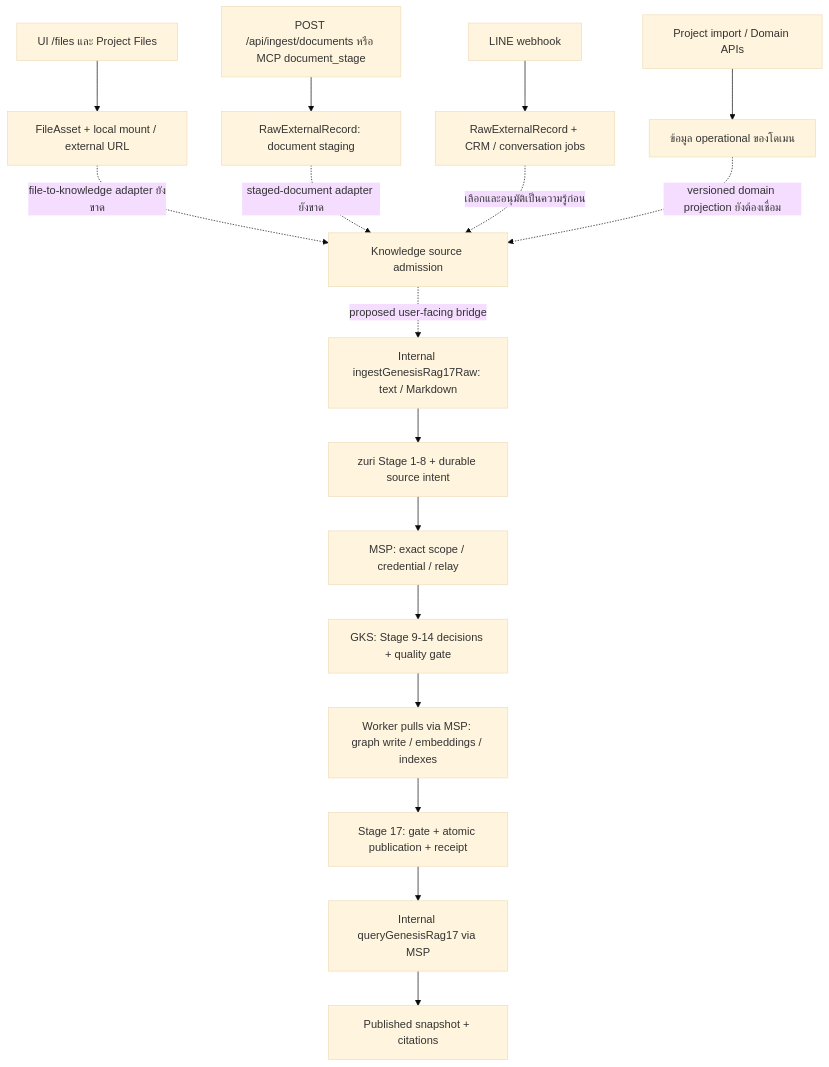
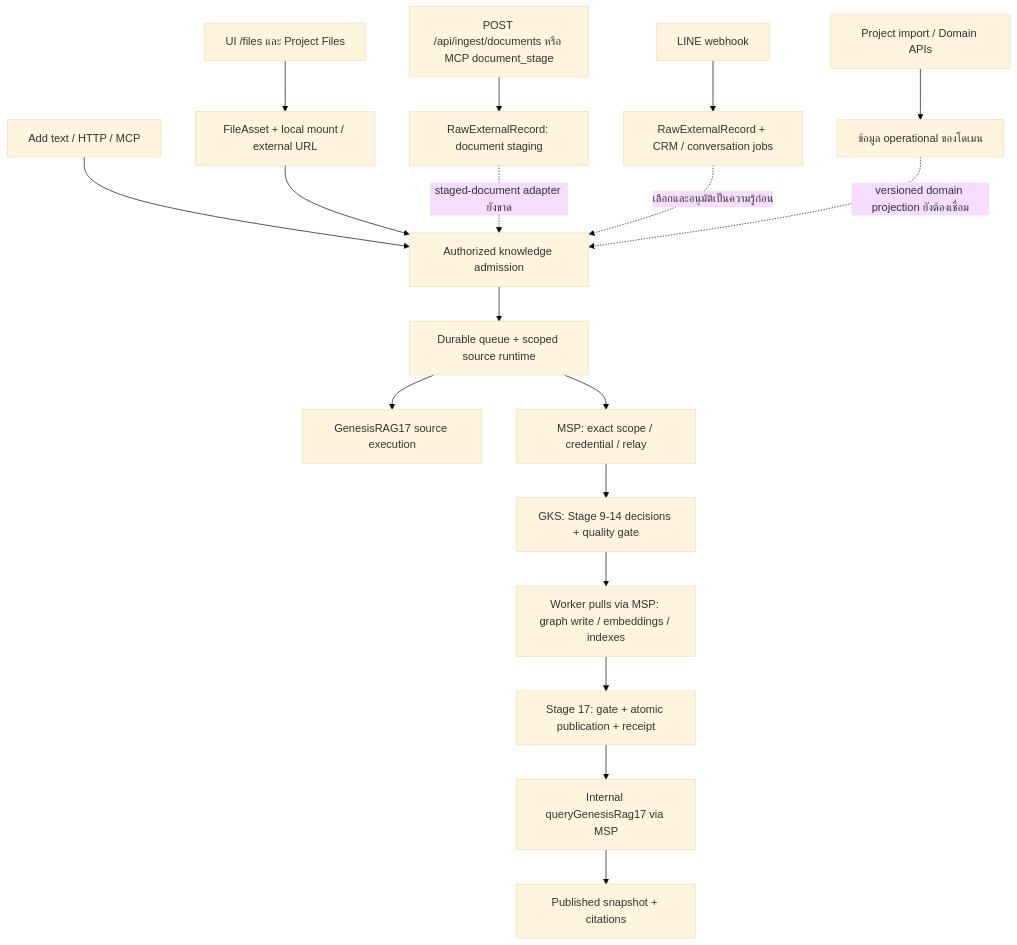
One commit to Freshair129/zuri.ai changed the first of 2 diagrams in docs/KNOWLEDGE-INGESTION-SURFACES-AND-USER-FLOWS.md. Above: the diagram before and after it, drawn with Mermaid (base theme). The commit also changed other lines of this file, not shown here.

Commit message:
docs(knowledge): reconcile admission surfaces and journeys

````diff
--- a/docs/KNOWLEDGE-INGESTION-SURFACES-AND-USER-FLOWS.md
+++ b/docs/KNOWLEDGE-INGESTION-SURFACES-AND-USER-FLOWS.md
@@ -52,19 +55,20 @@
 ```mermaid
 flowchart TB
     F["UI /files และ Project Files"] --> FA["FileAsset + local mount / external URL"]
+    T["Add text / HTTP / MCP"] --> AD["Authorized knowledge admission"]
+    FA --> AD
     I["POST /api/ingest/documents หรือ MCP document_stage"] --> R["RawExternalRecord: document staging"]
     L["LINE webhook"] --> LR["RawExternalRecord + CRM / conversation jobs"]
     PI["Project import / Domain APIs"] --> DB["ข้อมูล operational ของโดเมน"]
-    FA -. "file-to-knowledge adapter ยังขาด" .-> AD["Knowledge source admission"]
     R -. "staged-document adapter ยังขาด" .-> AD
     LR -. "เลือกและอนุมัติเป็นความรู้ก่อน" .-> AD
     DB -. "versioned domain projection ยังต้องเชื่อม" .-> AD
-    RAW["Internal ingestGenesisRag17Raw: text / Markdown"] --> Z["zuri Stage 1-8 + durable source intent"]
-    AD -. "proposed user-facing bridge" .-> RAW
+    AD --> Z["Durable queue + scoped source runtime"]
+    Z --> RAW["GenesisRAG17 source execution"]
     Z --> M["MSP: exact scope / credential / relay"]
     M --> G["GKS: Stage 9-14 decisions + quality gate"]
     G --> W["Worker pulls via MSP: graph write / embeddings / indexes"]
     W --> P["Stage 17: gate + atomic publication + receipt"]
     P --> Q["Internal queryGenesisRag17 via MSP"]
     Q --> C["Published snapshot + citations"]
 ```
````
